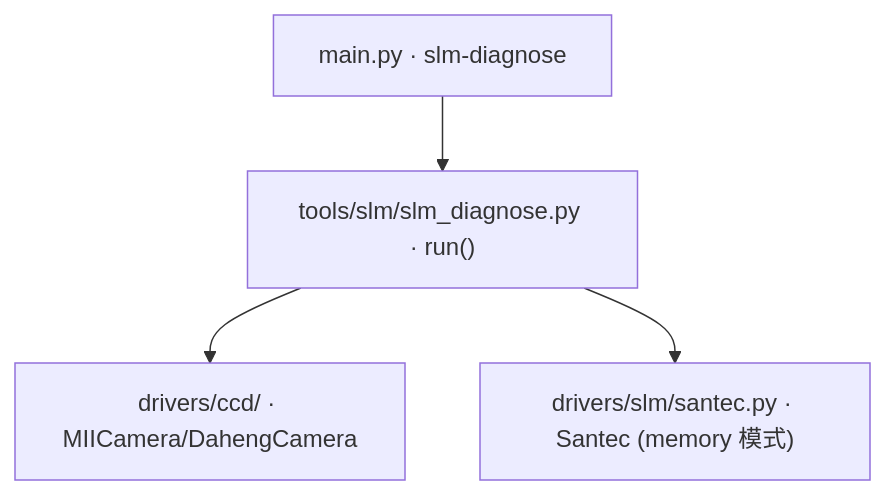
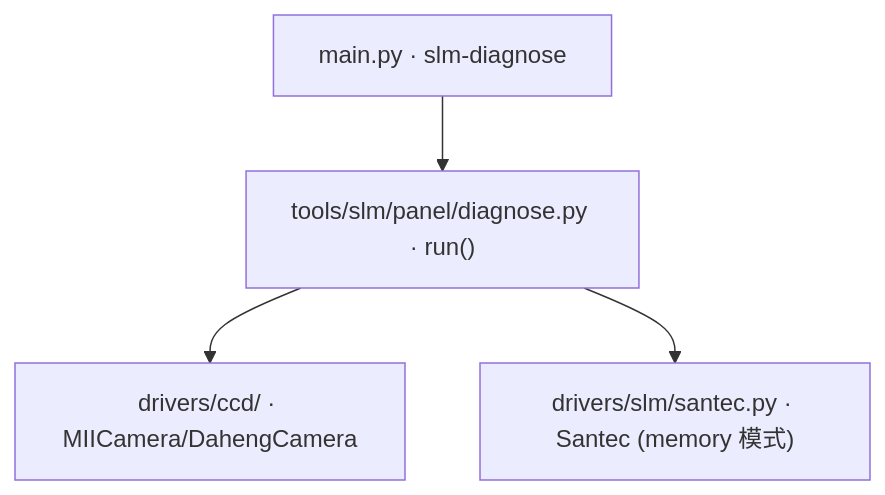
The diagram in docs/slm/slm_diagnose.md (ywzhang909/AO-shaping), drawn with Mermaid before and after one commit. The commit also changed other lines of this file and 35 other files, not shown here.

````diff
--- a/docs/slm/slm_diagnose.md
+++ b/docs/slm/slm_diagnose.md
@@ -17,11 +15,11 @@
 ```mermaid
 graph TD
     CLI["main.py · slm-diagnose"]
-    RUN["tools/slm/slm_diagnose.py · run()"]
+    RUN["tools/slm/panel/diagnose.py · run()"]
     CCD["drivers/ccd/ · MIICamera/DahengCamera"]
     SLM["drivers/slm/santec.py · Santec (memory 模式)"]
     
     CLI --> RUN
     RUN --> CCD
     RUN --> SLM
 ```
````
